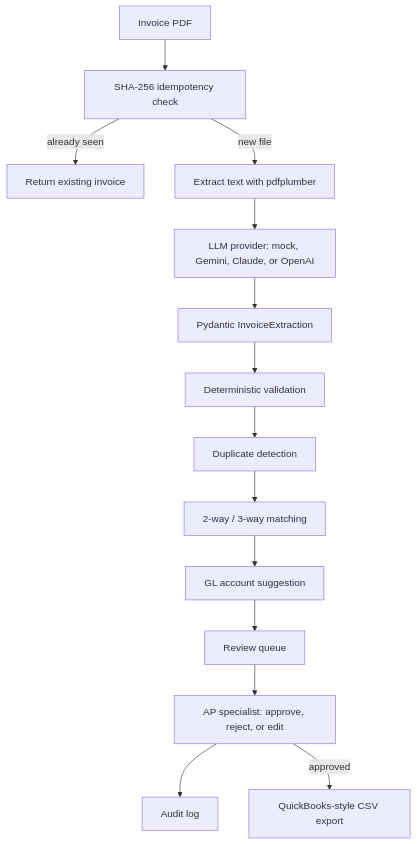
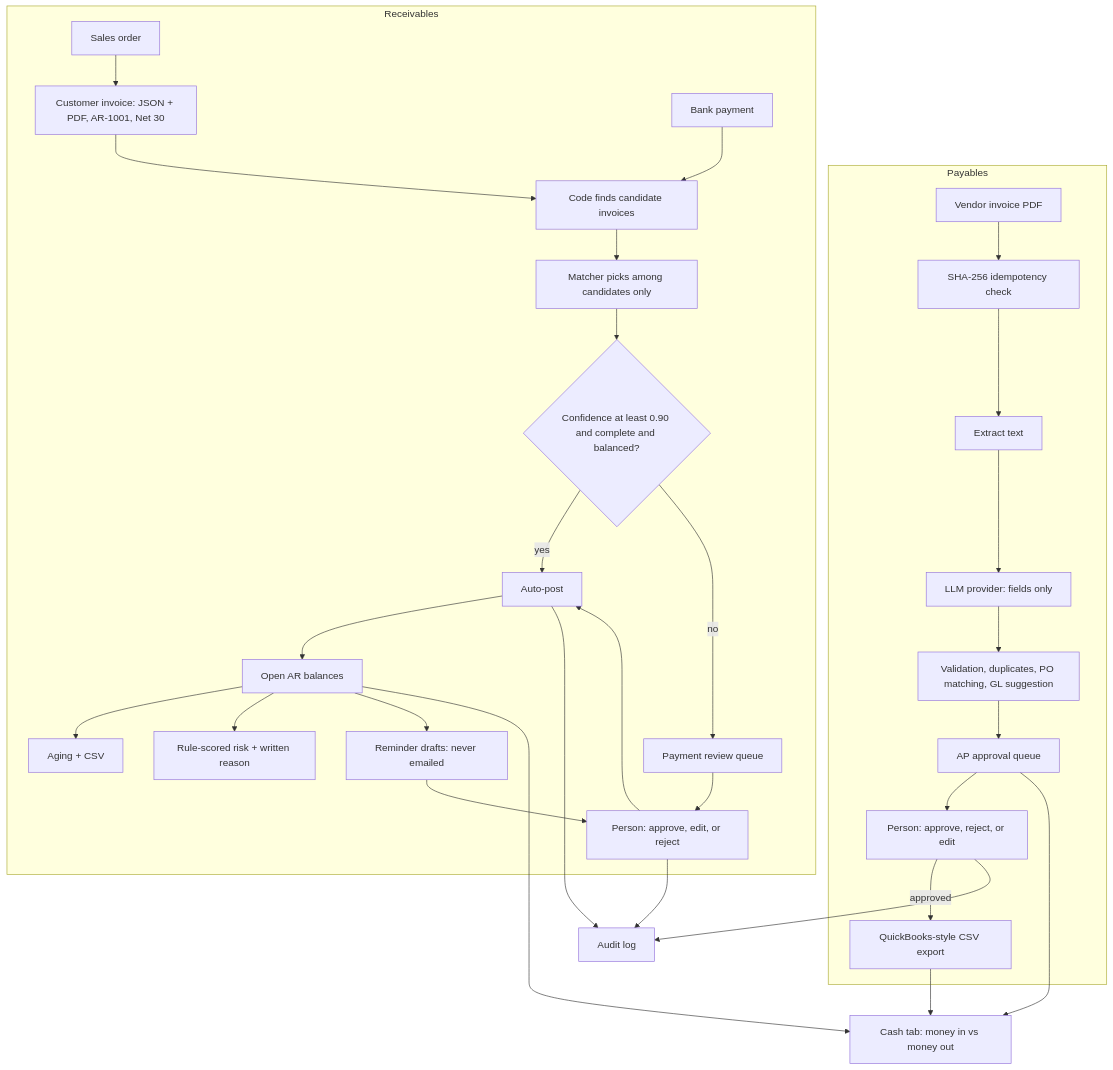
One commit to tishan-perera/ap-automation-agent changed the diagram in README.md. Above: the diagram before and after it, drawn with Mermaid. The commit also changed other lines of this file and 2 other files, not shown here.

Commit message:
docs: update README, architecture diagram, and demo script for AP and AR

````diff
--- a/README.md
+++ b/README.md
@@ -47,16 +66,36 @@
 ```mermaid
 flowchart TD
-  PDF[Invoice PDF] --> Hash[SHA-256 idempotency check]
-  Hash -->|already seen| Existing[Return existing invoice]
-  Hash -->|new file| Text[Extract text with pdfplumber]
-  Text --> LLM[LLM provider: mock, Gemini, Claude, or OpenAI]
-  LLM --> Schema[Pydantic InvoiceExtraction]
-  Schema --> Validate[Deterministic validation]
-  Validate --> Dup[Duplicate detection]
-  Dup --> Match[2-way / 3-way matching]
-  Match --> GL[GL account suggestion]
-  GL --> Queue[Review queue]
-  Queue --> Human[AP specialist: approve, reject, or edit]
-  Human --> Audit[Audit log]
-  Human -->|approved| CSV[QuickBooks-style CSV export]
+  subgraph AP[Payables]
+    PDF[Vendor invoice PDF] --> Hash[SHA-256 idempotency check]
+    Hash --> Text[Extract text]
+    Text --> Extract[LLM provider: fields only]
+    Extract --> Validate[Validation, duplicates, PO matching, GL suggestion]
+    Validate --> APQ[AP approval queue]
+    APQ --> APH[Person: approve, reject, or edit]
+    APH -->|approved| CSV[QuickBooks-style CSV export]
+  end
+
+  subgraph AR[Receivables]
+    SO[Sales order] --> Inv[Customer invoice: JSON + PDF, AR-1001, Net 30]
+    Bank[Bank payment] --> Cand[Code finds candidate invoices]
+    Inv --> Cand
+    Cand --> Matcher[Matcher picks among candidates only]
+    Matcher --> Rule{Confidence at least 0.90 and complete and balanced?}
+    Rule -->|yes| Post[Auto-post]
+    Rule -->|no| PQ[Payment review queue]
+    PQ --> ARH[Person: approve, edit, or reject]
+    ARH --> Post
+    Post --> Open[Open AR balances]
+    Open --> Aging[Aging + CSV]
+    Open --> Risk[Rule-scored risk + written reason]
+    Open --> Rem[Reminder drafts: never emailed]
+    Rem --> ARH
+  end
+
+  APH --> Audit[Audit log]
+  ARH --> Audit
+  Post --> Audit
+  CSV --> Cash[Cash tab: money in vs money out]
+  Open --> Cash
+  APQ --> Cash
 ```
````
